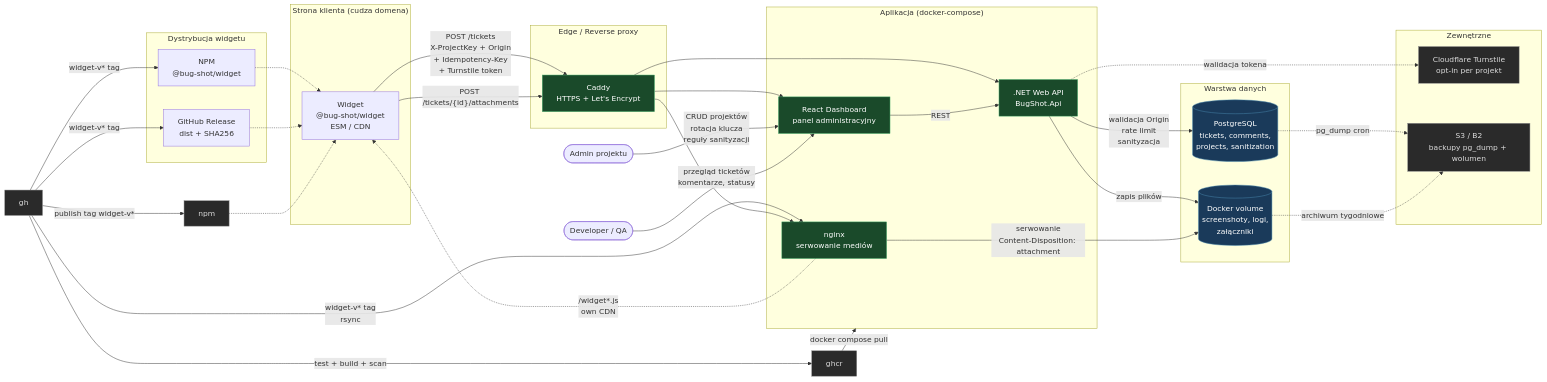
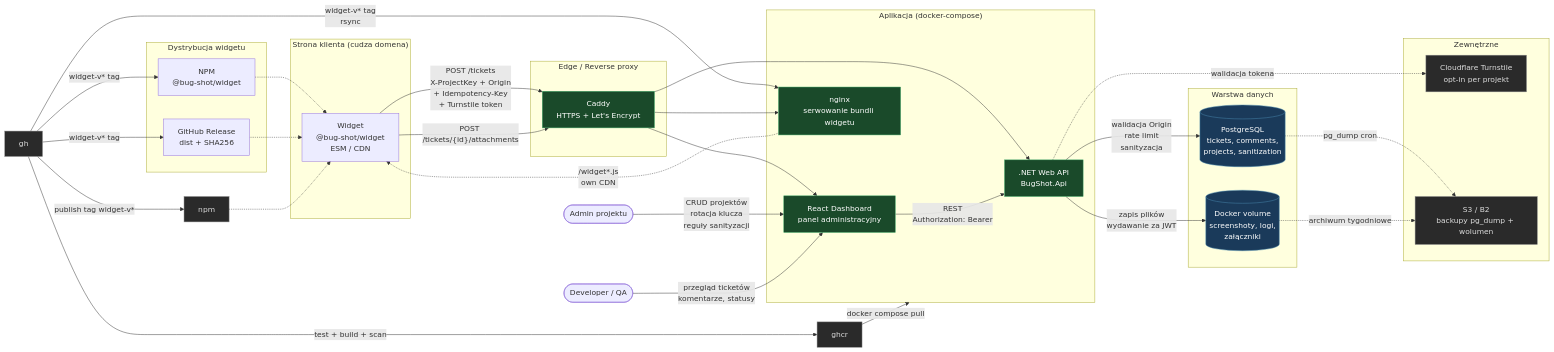
One commit to MarshallBjorn/bug-shot changed the diagram in README.md. Above: the diagram before and after it, drawn with Mermaid. The commit also changed other lines of this file and 3 other files, not shown here.

````diff
--- a/README.md
+++ b/README.md
@@ -58,71 +58,70 @@
 ```mermaid
 flowchart LR
     subgraph client["Strona klienta (cudza domena)"]
         widget["Widget<br/>@bug-shot/widget<br/>ESM / CDN"]
     end
 
     subgraph edge["Edge / Reverse proxy"]
         caddy["Caddy<br/>HTTPS + Let's Encrypt"]
     end
 
     subgraph app["Aplikacja (docker-compose)"]
         api[".NET Web API<br/>BugShot.Api"]
         dashboard["React Dashboard<br/>panel administracyjny"]
-        nginx["nginx<br/>serwowanie mediów"]
+        nginx["nginx<br/>serwowanie bundli widgetu"]
     end
 
     subgraph data["Warstwa danych"]
         pg[("PostgreSQL<br/>tickets, comments,<br/>projects, sanitization")]
         vol[("Docker volume<br/>screenshoty, logi,<br/>załączniki")]
     end
 
     subgraph external["Zewnętrzne"]
         turnstile["Cloudflare Turnstile<br/>opt-in per projekt"]
         s3["S3 / B2<br/>backupy pg_dump + wolumen"]
     end
 
     subgraph dist["Dystrybucja widgetu"]
         npm2["NPM<br/>@bug-shot/widget"]
         ghrel["GitHub Release<br/>dist + SHA256"]
     end
     
     nginx -. "/widget*.js<br/>own CDN" .-> widget
     npm2 -.-> widget
     ghrel -.-> widget
     gh -- "widget-v* tag" --> npm2
     gh -- "widget-v* tag" --> ghrel
     gh -- "widget-v* tag<br/>rsync" --> nginx
 
     dev(["Developer / QA"])
     admin(["Admin projektu"])
 
     widget -- "POST /tickets<br/>X-ProjectKey + Origin<br/>+ Idempotency-Key<br/>+ Turnstile token" --> caddy
     widget -- "POST /tickets/{id}/attachments" --> caddy
     caddy --> api
     caddy --> dashboard
     caddy --> nginx
 
     api -- "walidacja Origin<br/>rate limit<br/>sanityzacja" --> pg
-    api -- "zapis plików" --> vol
+    api -- "zapis plików<br/>wydawanie za JWT" --> vol
     api -. "walidacja tokena" .-> turnstile
-    nginx -- "serwowanie<br/>Content-Disposition: attachment" --> vol
 
     admin -- "CRUD projektów<br/>rotacja klucza<br/>reguły sanityzacji" --> dashboard
     dev -- "przegląd ticketów<br/>komentarze, statusy" --> dashboard
-    dashboard -- "REST" --> api
+    dashboard -- "REST<br/>Authorization: Bearer" --> api
 
     gh -- "test + build + scan" --> ghcr
     gh -- "publish tag widget-v*" --> npm
     ghcr -- "docker compose pull" --> app
     npm -.-> widget
 
     pg -. "pg_dump cron" .-> s3
     vol -. "archiwum tygodniowe" .-> s3
 
     classDef ext fill:#2a2a2a,stroke:#888,color:#ddd
     classDef data fill:#1a3a5a,stroke:#4a8ab0,color:#fff
     classDef app fill:#1a4a2a,stroke:#4ab070,color:#fff
     class turnstile,s3,ghcr,npm,gh ext
     class pg,vol data
     class api,dashboard,nginx,caddy app
 ```
````
